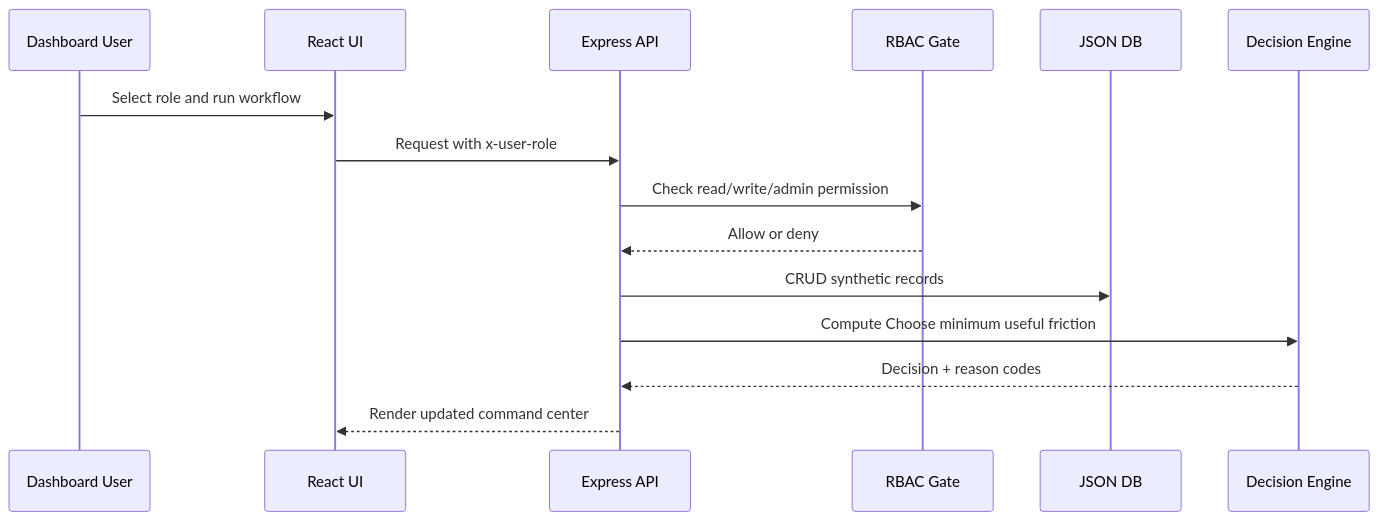
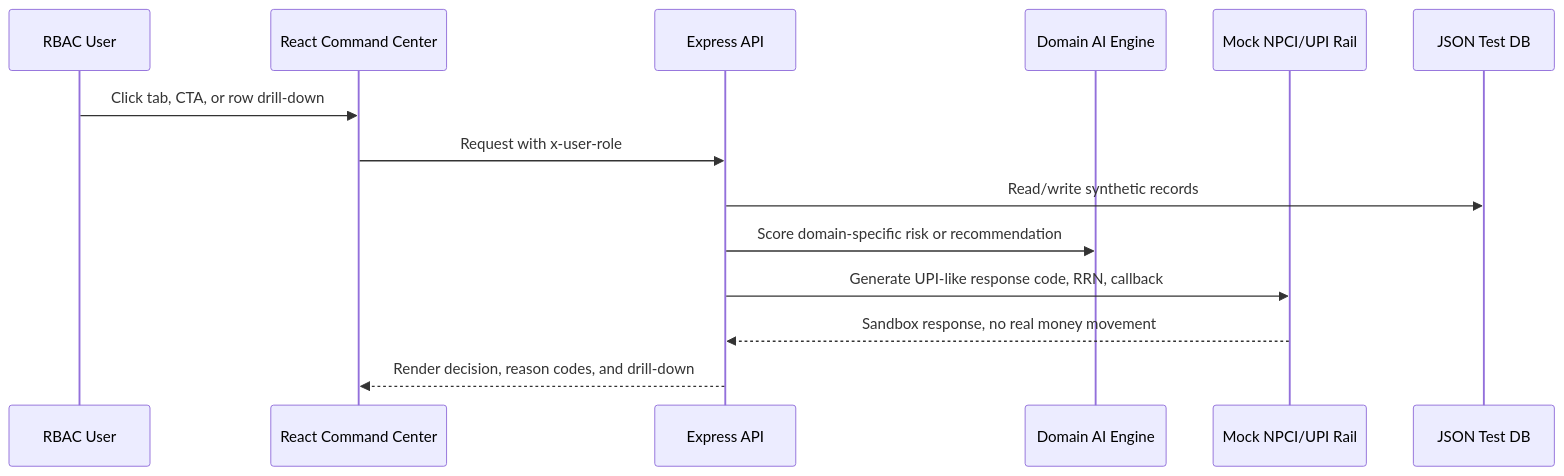
One commit to jprbom/upi-cognitive-spend-brake changed the second of 3 diagrams in docs/DIAGRAMS.md. Above: the diagram before and after it, drawn with Mermaid. The commit also changed other lines of this file and 15 other files, not shown here.

Commit message:
feat: wire working demo flows and mock UPI rail

```diff
--- a/docs/DIAGRAMS.md
+++ b/docs/DIAGRAMS.md
@@ -56,17 +31,16 @@
 ~~~mermaid
 sequenceDiagram
-  participant User as Dashboard User
-  participant UI as React UI
+  participant User as RBAC User
+  participant UI as React Command Center
   participant API as Express API
-  participant RBAC as RBAC Gate
-  participant DB as JSON DB
-  participant Engine as Decision Engine
-  User->>UI: Select role and run workflow
+  participant Model as Domain AI Engine
+  participant Mock as Mock NPCI/UPI Rail
+  participant DB as JSON Test DB
+  User->>UI: Click tab, CTA, or row drill-down
   UI->>API: Request with x-user-role
-  API->>RBAC: Check read/write/admin permission
-  RBAC-->>API: Allow or deny
-  API->>DB: CRUD synthetic records
-  API->>Engine: Compute Choose minimum useful friction
-  Engine-->>API: Decision + reason codes
-  API-->>UI: Render updated command center
+  API->>DB: Read/write synthetic records
+  API->>Model: Score domain-specific risk or recommendation
+  API->>Mock: Generate UPI-like response code, RRN, callback
+  Mock-->>API: Sandbox response, no real money movement
+  API-->>UI: Render decision, reason codes, and drill-down
 ~~~
```
